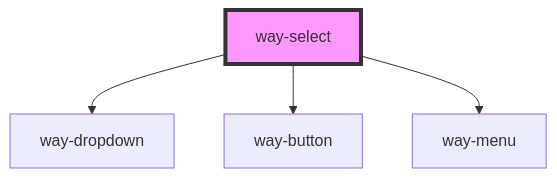
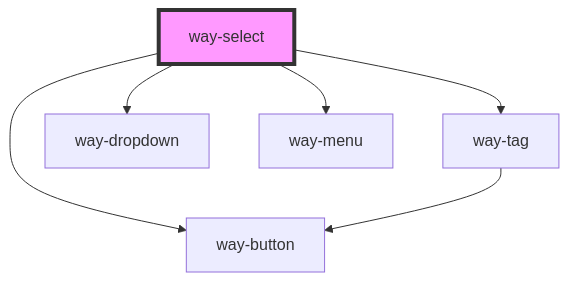
One commit to paqtcom/graphite-design-system changed the diagram in packages/core/src/components/way-select/readme.md. Above: the diagram before and after it, drawn with Mermaid. The commit also changed other lines of this file and 22 other files, not shown here.

````diff
--- a/packages/core/src/components/way-select/readme.md
+++ b/packages/core/src/components/way-select/readme.md
@@ -91,7 +102,9 @@
 ```mermaid
 graph TD;
+  way-select --> way-tag
   way-select --> way-dropdown
   way-select --> way-button
   way-select --> way-menu
+  way-tag --> way-button
   style way-select fill:#f9f,stroke:#333,stroke-width:4px
 ```
````
